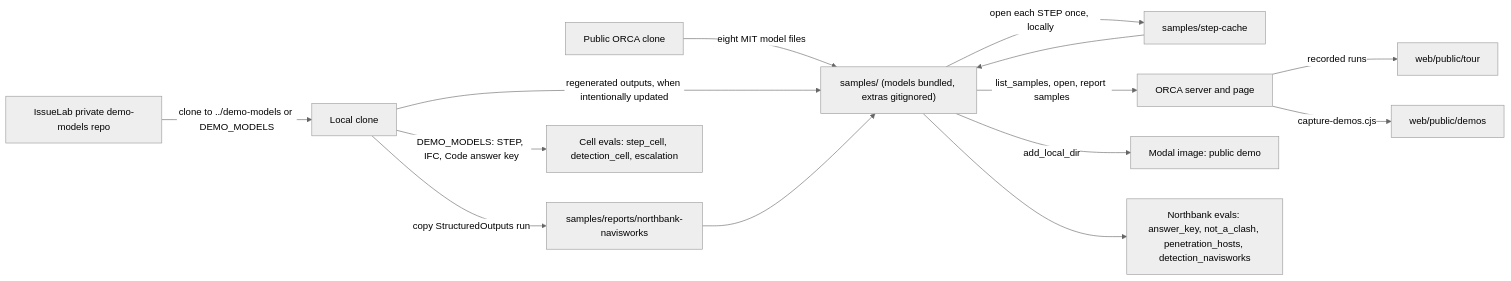
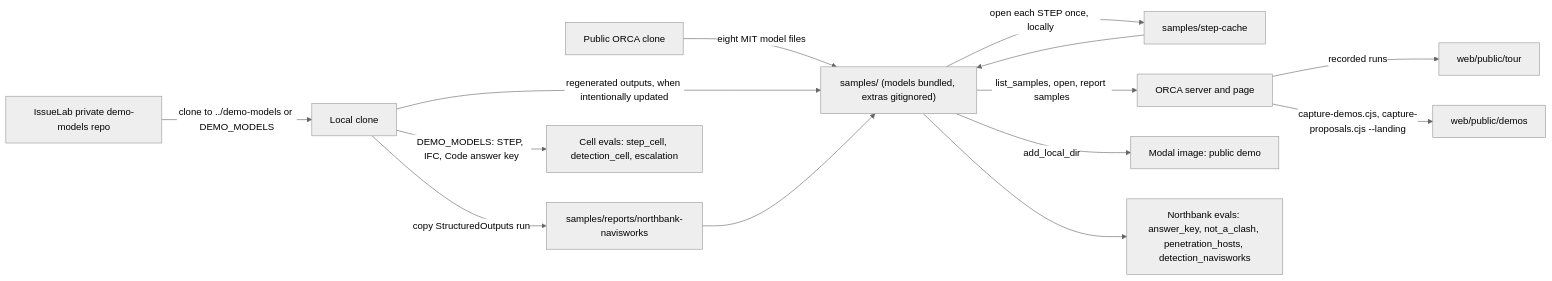
One commit to IssueLab-Inc/ORCA changed the diagram in docs/architecture/19-demo-data.md. Above: the diagram before and after it, drawn with Mermaid (neutral theme). The commit also changed other lines of this file and 16 other files, not shown here.

````diff
--- a/docs/architecture/19-demo-data.md
+++ b/docs/architecture/19-demo-data.md
@@ -257,16 +257,16 @@
 ```mermaid
 flowchart LR
   repo["IssueLab private demo-models repo"] -->|"clone to ../demo-models or DEMO_MODELS"| clone["Local clone"]
   publicRepo["Public ORCA clone"] -->|"eight MIT model files"| samples["samples/ (models bundled, extras gitignored)"]
   clone -->|"regenerated outputs, when intentionally updated"| samples
   clone -->|"copy StructuredOutputs run"| reportsDir["samples/reports/northbank-navisworks"]
   reportsDir --> samples
   samples -->|"open each STEP once, locally"| cache["samples/step-cache"]
   cache --> samples
   samples -->|"list_samples, open, report samples"| app["ORCA server and page"]
   samples -->|"add_local_dir"| image["Modal image: public demo"]
   clone -->|"DEMO_MODELS: STEP, IFC, Code answer key"| cellEvals["Cell evals: step_cell, detection_cell, escalation"]
   samples --> nbEvals["Northbank evals: answer_key, not_a_clash, penetration_hosts, detection_navisworks"]
   app -->|"recorded runs"| tour["web/public/tour"]
-  app -->|"capture-demos.cjs"| pics["web/public/demos"]
+  app -->|"capture-demos.cjs, capture-proposals.cjs --landing"| pics["web/public/demos"]
 ```
````
